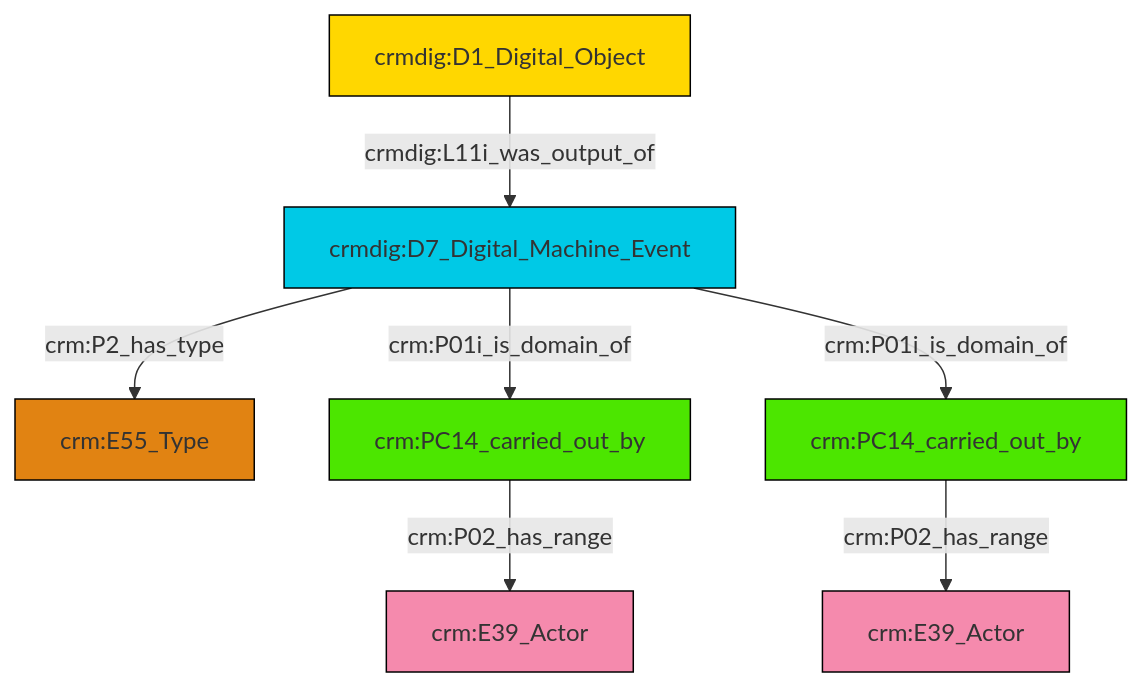
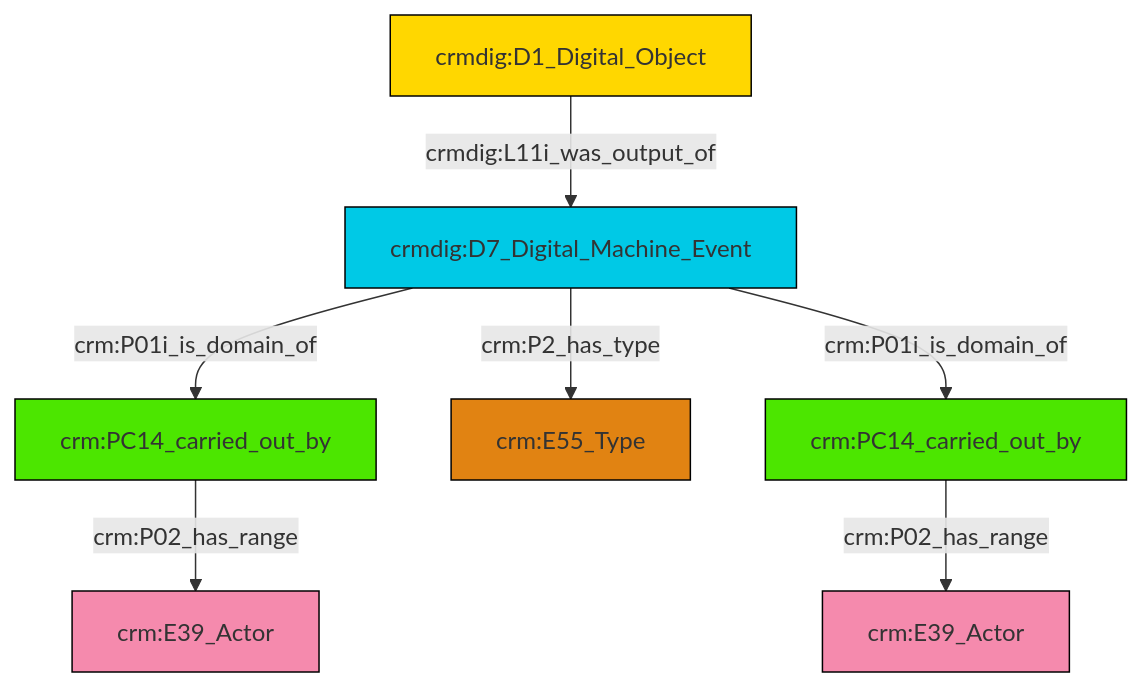
The diagram in et/doCSV/ttl/mmd/do_actor_relations.ttl.mmd (swiss-art-research-net/reference-data-models), drawn with Mermaid before and after one commit. The commit also changed 128 other files, not shown here.

```diff
--- a/et/doCSV/ttl/mmd/do_actor_relations.ttl.mmd
+++ b/et/doCSV/ttl/mmd/do_actor_relations.ttl.mmd
@@ -1,21 +1,21 @@
 graph TD
 classDef Literal fill:#f2f2f2,stroke:#000000;
 classDef CRM_Entity fill:#FFFFFF,stroke:#000000;
 classDef Temporal_Entity fill:#00C9E6, stroke:#000000;
 classDef Type fill:#E18312, stroke:#000000;
 classDef Time-Span fill:#2C9C91, stroke:#000000;
 classDef Appellation fill:#FFEB7F, stroke:#000000;
 classDef Place fill:#008836, stroke:#000000;
 classDef Persistent_Item fill:#B266B2, stroke:#000000;
 classDef Conceptual_Object fill:#FFD700, stroke:#000000;
 classDef Physical_Thing fill:#D2B48C, stroke:#000000;
 classDef Actor fill:#f58aad, stroke:#000000;
 classDef PC_Classes fill:#4ce600, stroke:#000000;
 classDef Multi fill:#cccccc,stroke:#000000;
 
-2["crmdig:D7_Digital_Machine_Event"]:::Temporal_Entity -->|crm:P2_has_type| 0["crm:E55_Type"]:::Type
-4["crm:PC14_carried_out_by"]:::PC_Classes -->|crm:P02_has_range| 6["crm:E39_Actor"]:::Actor
-2["crmdig:D7_Digital_Machine_Event"]:::Temporal_Entity -->|crm:P01i_is_domain_of| 8["crm:PC14_carried_out_by"]:::PC_Classes
-2["crmdig:D7_Digital_Machine_Event"]:::Temporal_Entity -->|crm:P01i_is_domain_of| 4["crm:PC14_carried_out_by"]:::PC_Classes
-10["crmdig:D1_Digital_Object"]:::Conceptual_Object -->|crmdig:L11i_was_output_of| 2["crmdig:D7_Digital_Machine_Event"]:::Temporal_Entity
-8["crm:PC14_carried_out_by"]:::PC_Classes -->|crm:P02_has_range| 12["crm:E39_Actor"]:::Actor
+0["crm:PC14_carried_out_by"]:::PC_Classes -->|crm:P02_has_range| 1["crm:E39_Actor"]:::Actor
+3["crmdig:D7_Digital_Machine_Event"]:::Temporal_Entity -->|crm:P2_has_type| 4["crm:E55_Type"]:::Type
+3["crmdig:D7_Digital_Machine_Event"]:::Temporal_Entity -->|crm:P01i_is_domain_of| 11["crm:PC14_carried_out_by"]:::PC_Classes
+11["crm:PC14_carried_out_by"]:::PC_Classes -->|crm:P02_has_range| 13["crm:E39_Actor"]:::Actor
+3["crmdig:D7_Digital_Machine_Event"]:::Temporal_Entity -->|crm:P01i_is_domain_of| 0["crm:PC14_carried_out_by"]:::PC_Classes
+5["crmdig:D1_Digital_Object"]:::Conceptual_Object -->|crmdig:L11i_was_output_of| 3["crmdig:D7_Digital_Machine_Event"]:::Temporal_Entity
```
